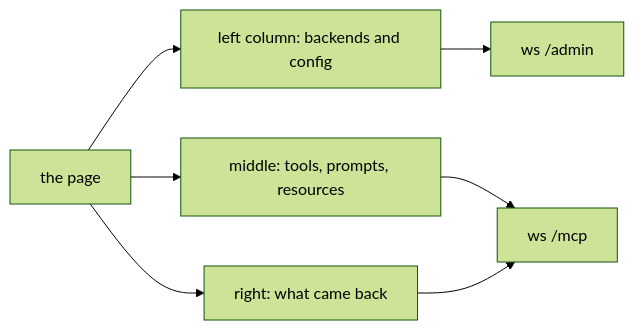
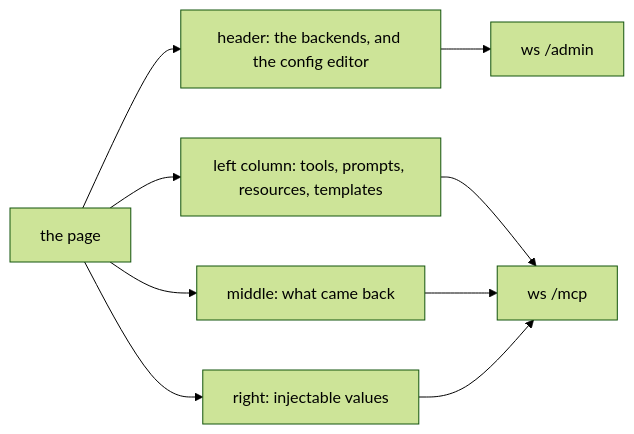
One commit to Digital-Dimentia/python-mcp-gateway changed the fourth of 5 diagrams in ARCHITECTURE.md. Above: the diagram before and after it, drawn with Mermaid (forest theme). The commit also changed other lines of this file and 11 other files, not shown here.

````diff
--- a/ARCHITECTURE.md
+++ b/ARCHITECTURE.md
@@ -141,16 +145,19 @@
 ```mermaid
 flowchart LR
     page["the page"]
-    left["left column: backends and config"]
-    mid["middle: tools, prompts, resources"]
-    right["right: what came back"]
+    header["header: the backends, and the config editor"]
+    left["left column: tools, prompts, resources, templates"]
+    mid["middle: what came back"]
+    right["right: injectable values"]
     adminpath["ws /admin"]
     mcppath["ws /mcp"]
 
+    page --> header
     page --> left
     page --> mid
     page --> right
-    left --> adminpath
+    header --> adminpath
+    left --> mcppath
     mid --> mcppath
     right --> mcppath
 ```
````
